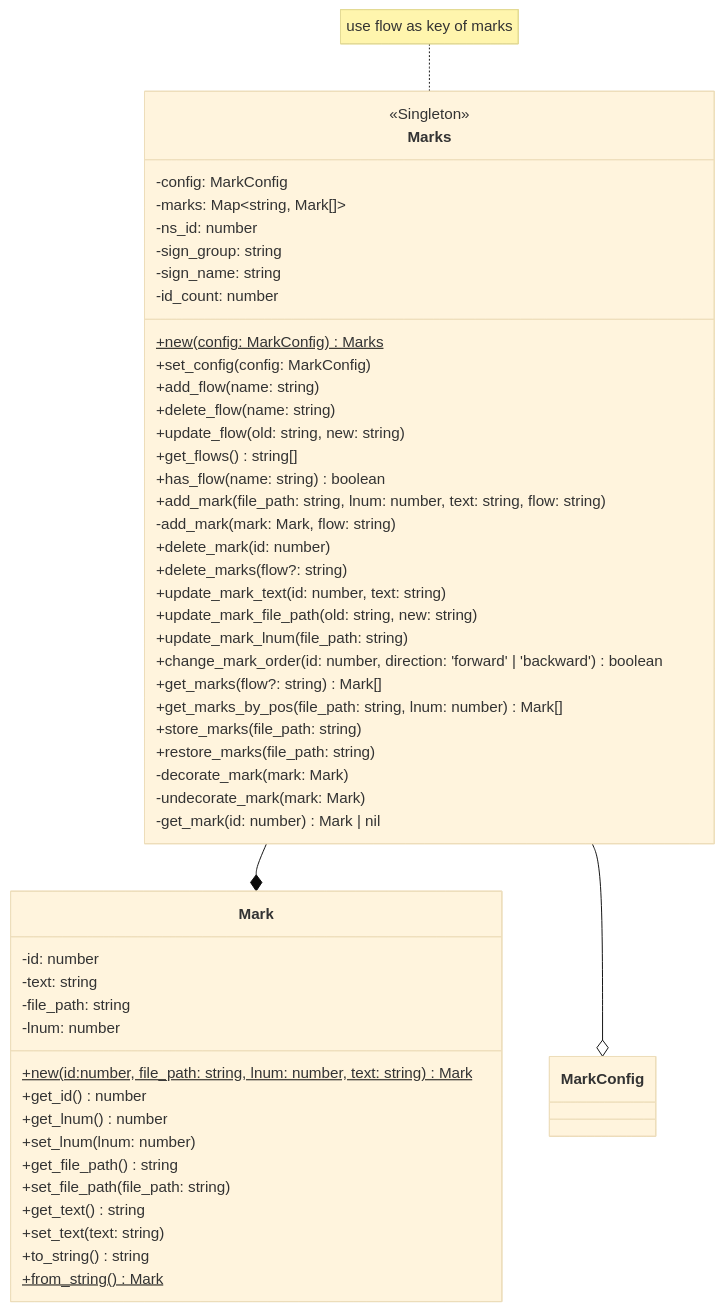
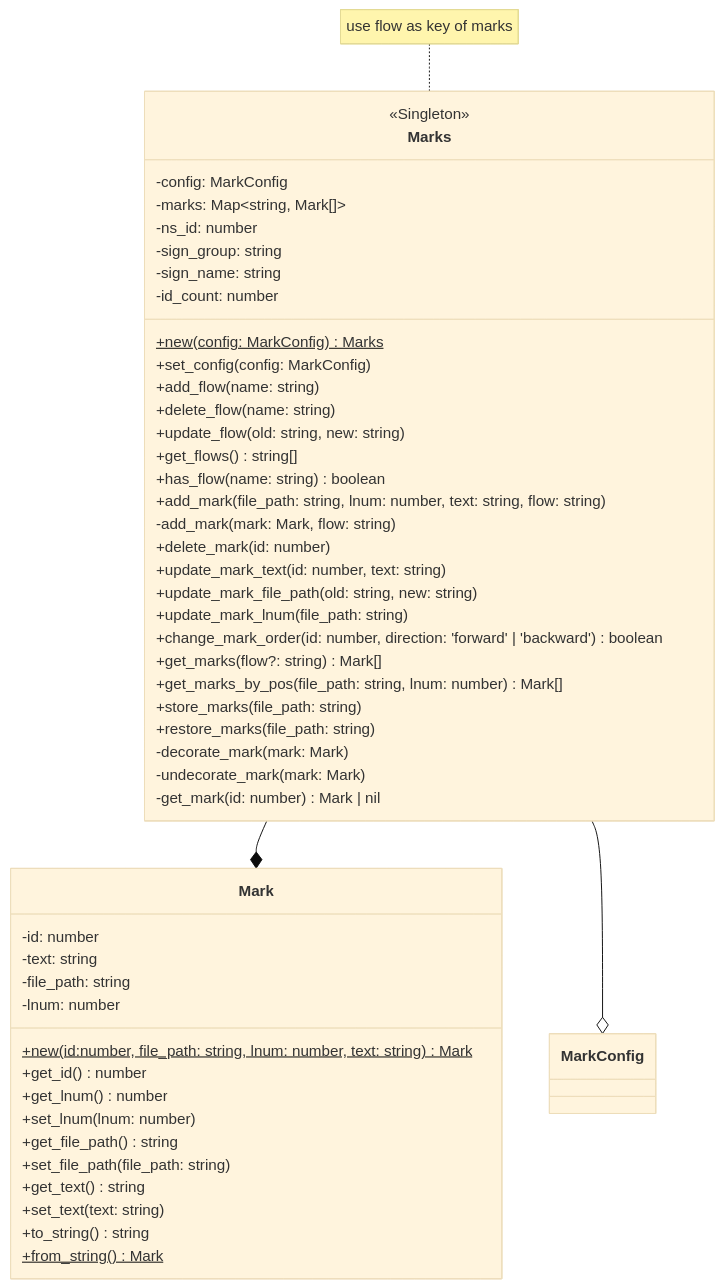
The third of 17 diagrams in DESIGN.md (niuiic/track.nvim), drawn with Mermaid (base theme) before and after one commit. The commit also changed 2 other files, not shown here.

Commit message:
refactor: remove Marks.delete_marks

````diff
--- a/DESIGN.md
+++ b/DESIGN.md
@@ -94,61 +94,60 @@
 ```mermaid
 classDiagram
     note for Marks "use flow as key of marks"
     Marks --* Mark
     Marks --o MarkConfig
     class Marks {
         <<Singleton>>
 
         -config: MarkConfig
         -marks: Map~string, Mark[]~
         -ns_id: number
         -sign_group: string
         -sign_name: string
         -id_count: number
 
         %% new
         +new(config: MarkConfig)$ Marks
         %% config
         +set_config(config: MarkConfig)
         %% flow
         +add_flow(name: string)
         +delete_flow(name: string)
         +update_flow(old: string, new: string)
         +get_flows() string[]
         +has_flow(name: string) boolean
         %% mark
         +add_mark(file_path: string, lnum: number, text: string, flow: string)
         -add_mark(mark: Mark, flow: string)
         +delete_mark(id: number)
-        +delete_marks(flow?: string)
         +update_mark_text(id: number, text: string)
         +update_mark_file_path(old: string, new: string)
         +update_mark_lnum(file_path: string)
         +change_mark_order(id: number, direction: 'forward' | 'backward') boolean
         +get_marks(flow?: string) Mark[]
         +get_marks_by_pos(file_path: string, lnum: number) Mark[]
         +store_marks(file_path: string)
         +restore_marks(file_path: string)
         -decorate_mark(mark: Mark)
         -undecorate_mark(mark: Mark)
         -get_mark(id: number) Mark | nil
     }
 
     class Mark {
         -id: number
         -text: string
         -file_path: string
         -lnum: number
 
         +new(id:number, file_path: string, lnum: number, text: string)$ Mark
         +get_id() number
         +get_lnum() number
         +set_lnum(lnum: number)
         +get_file_path() string
         +set_file_path(file_path: string)
         +get_text() string
         +set_text(text: string)
         +to_string() string
         +from_string()$ Mark
     }
 ```
````
